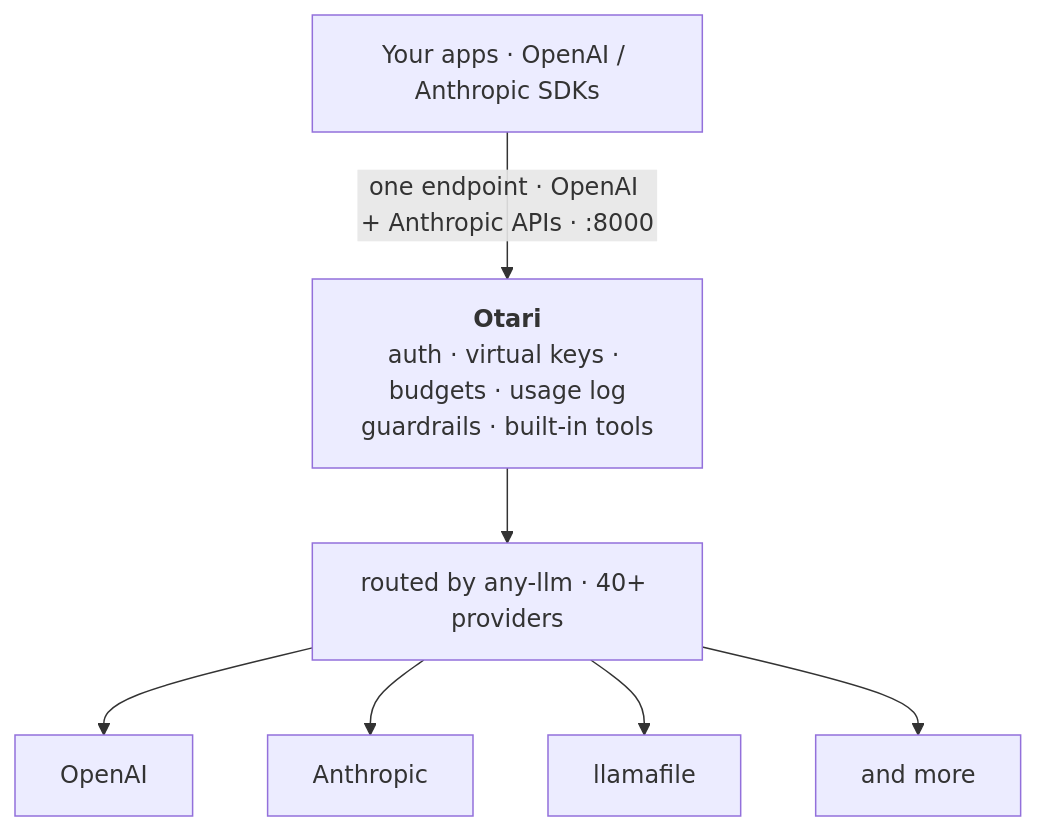
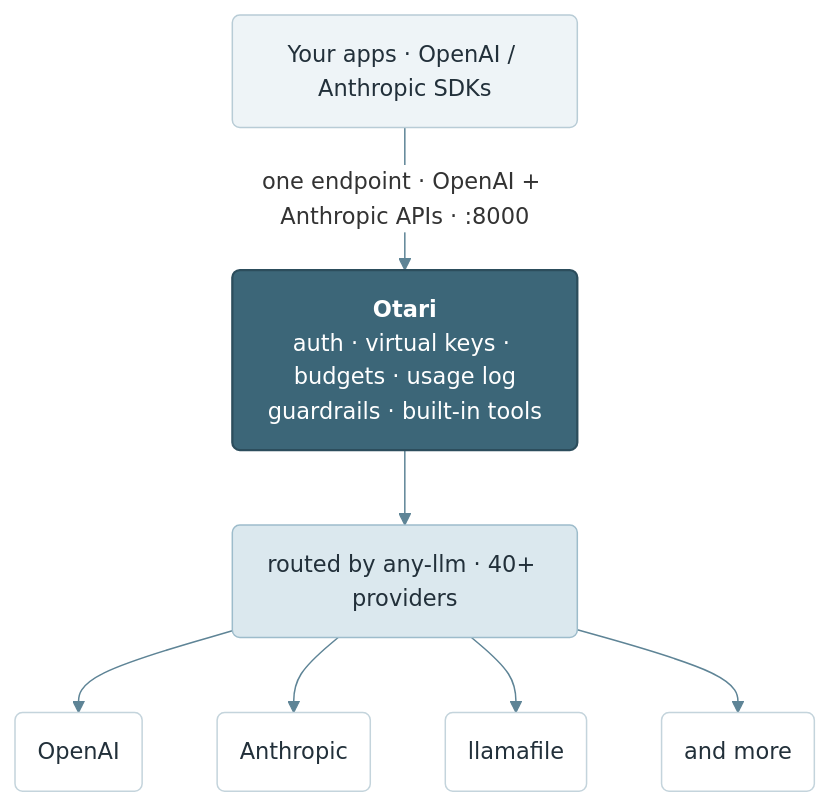
One commit to mozilla-ai/otari changed the diagram in README.md. Above: the diagram before and after it, drawn with Mermaid. The commit also changed 3 other files, not shown here.

First line of the commit message:
docs: style the architecture diagram and shrink the GIF

````diff
--- a/README.md
+++ b/README.md
@@ -26,12 +26,21 @@
 ```mermaid
+%%{init: {'theme':'base','themeVariables':{'fontFamily':'ui-sans-serif, -apple-system, Segoe UI, Roboto, sans-serif','fontSize':'15px','lineColor':'#5e8496','edgeLabelBackground':'#ffffff'}}}%%
 flowchart TB
-    clients["Your apps &middot; OpenAI / Anthropic SDKs"]
-    otari["<b>Otari</b><br/>auth &middot; virtual keys &middot; budgets &middot; usage log<br/>guardrails &middot; built-in tools"]
-    anyllm["routed by any-llm &middot; 40+ providers"]
+    clients("Your apps &middot; OpenAI / Anthropic SDKs")
+    otari("<b>Otari</b><br/>auth &middot; virtual keys &middot; budgets &middot; usage log<br/>guardrails &middot; built-in tools")
+    anyllm("routed by any-llm &middot; 40+ providers")
     clients -->|"one endpoint &middot; OpenAI + Anthropic APIs &middot; :8000"| otari
     otari --> anyllm
-    anyllm --> openai["OpenAI"]
-    anyllm --> anthropic["Anthropic"]
-    anyllm --> llamafile["llamafile"]
-    anyllm --> more["and more"]
+    anyllm --> openai("OpenAI")
+    anyllm --> anthropic("Anthropic")
+    anyllm --> llamafile("llamafile")
+    anyllm --> more("and more")
+    classDef client fill:#eef4f7,stroke:#b8ccd6,stroke-width:1px,color:#22303a;
+    classDef hero fill:#3c6678,stroke:#2c4d5c,stroke-width:1.5px,color:#ffffff;
+    classDef router fill:#dbe8ee,stroke:#9dbccb,stroke-width:1px,color:#22303a;
+    classDef provider fill:#ffffff,stroke:#c4d4dc,stroke-width:1px,color:#22303a;
+    class clients client;
+    class otari hero;
+    class anyllm router;
+    class openai,anthropic,llamafile,more provider;
 ```
````
